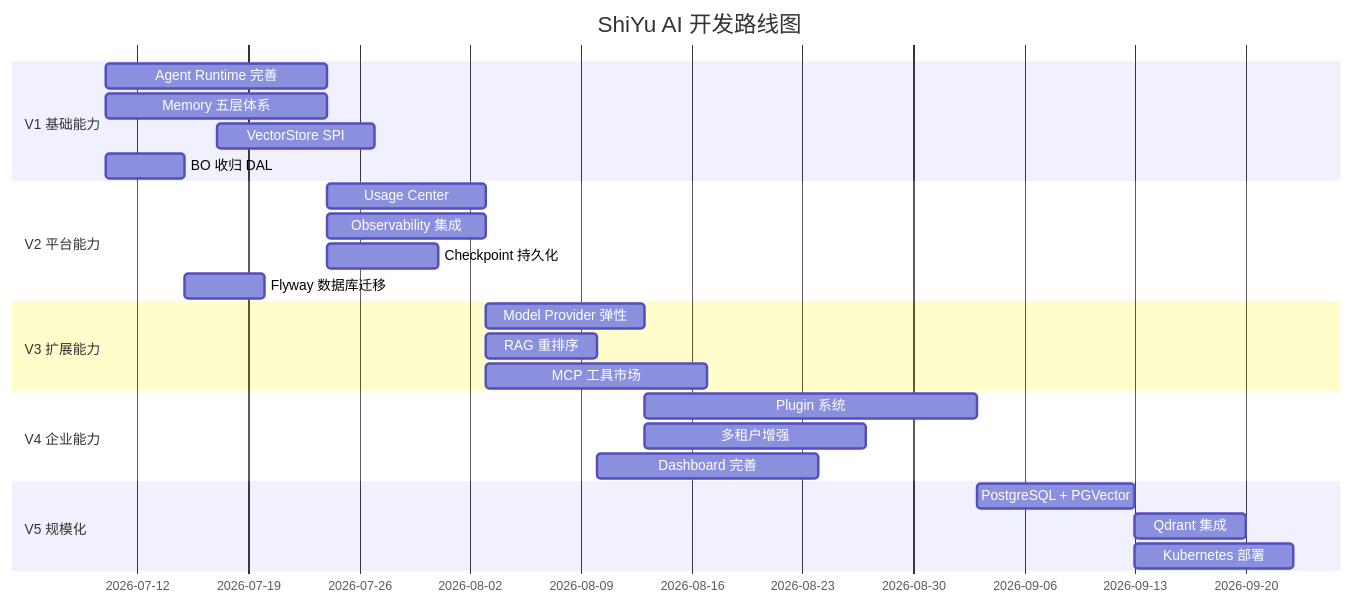
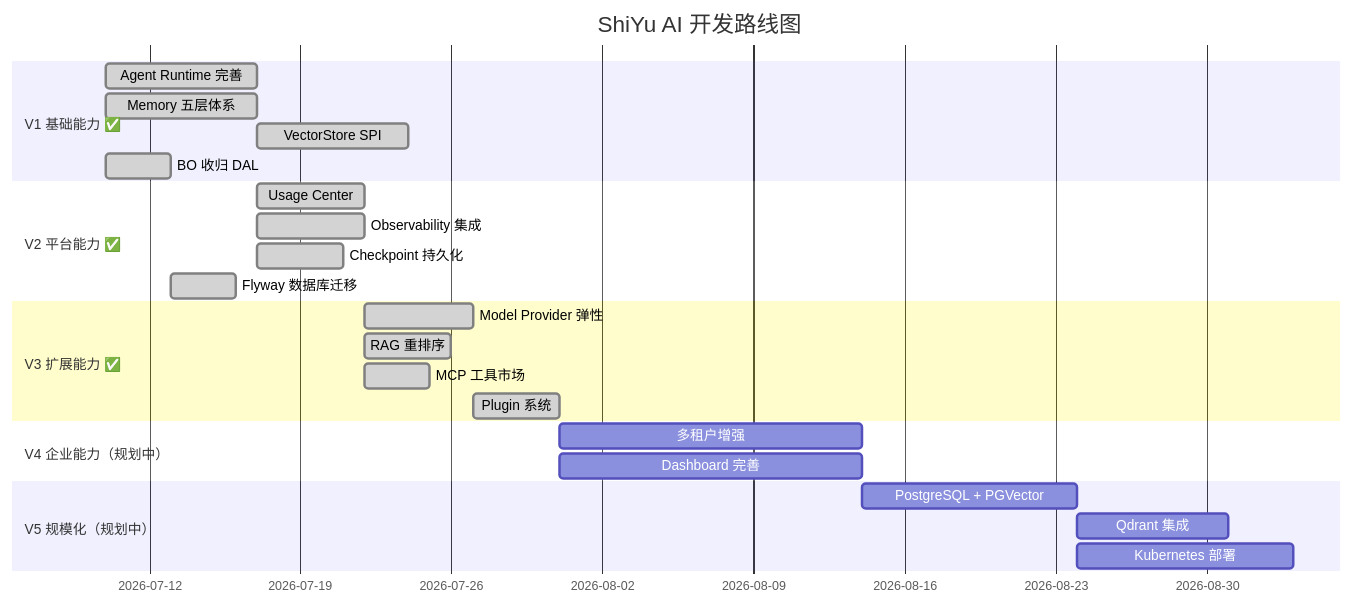
Before and after one commit to ShiRuYu/shiyu-ai: diagram 24 of 25 in docs/architecture/shiyu-ai-architecture-design.md, drawn with Mermaid. The commit also changed other lines of this file and 545 other files, not shown here.

````diff
--- a/docs/architecture/shiyu-ai-architecture-design.md
+++ b/docs/architecture/shiyu-ai-architecture-design.md
@@ -5137,32 +5148,32 @@
 ```mermaid
 gantt
     title ShiYu AI 开发路线图
     dateFormat  YYYY-MM-DD
     
-    section V1 基础能力
-    Agent Runtime 完善          :v1a, 2026-07-10, 14d
-    Memory 五层体系              :v1b, 2026-07-10, 14d
-    VectorStore SPI              :v1c, 2026-07-17, 10d
-    BO 收归 DAL                  :v1d, 2026-07-10, 5d
+    section V1 基础能力 ✅
+    Agent Runtime 完善          :done, v1a, 2026-07-10, 7d
+    Memory 五层体系              :done, v1b, 2026-07-10, 7d
+    VectorStore SPI              :done, v1c, 2026-07-17, 7d
+    BO 收归 DAL                  :done, v1d, 2026-07-10, 3d
     
-    section V2 平台能力
-    Usage Center                 :v2a, after v1a, 10d
-    Observability 集成           :v2b, after v1a, 10d
-    Checkpoint 持久化            :v2c, after v1a, 7d
-    Flyway 数据库迁移            :v2d, after v1d, 5d
+    section V2 平台能力 ✅
+    Usage Center                 :done, v2a, after v1a, 5d
+    Observability 集成           :done, v2b, after v1a, 5d
+    Checkpoint 持久化            :done, v2c, after v1a, 4d
+    Flyway 数据库迁移            :done, v2d, after v1d, 3d
     
-    section V3 扩展能力
-    Model Provider 弹性          :v3a, after v2a, 10d
-    RAG 重排序                   :v3b, after v2a, 7d
-    MCP 工具市场                 :v3c, after v2b, 14d
+    section V3 扩展能力 ✅
+    Model Provider 弹性          :done, v3a, after v2a, 5d
+    RAG 重排序                   :done, v3b, after v2a, 4d
+    MCP 工具市场                 :done, v3c, after v2b, 3d
+    Plugin 系统                  :done, v3d, after v3a, 4d
     
-    section V4 企业能力
-    Plugin 系统                  :v4a, after v3a, 21d
-    多租户增强                   :v4b, after v3a, 14d
-    Dashboard 完善               :v4c, after v3b, 14d
+    section V4 企业能力（规划中）
+    多租户增强                   :v4a, after v3d, 14d
+    Dashboard 完善               :v4b, after v3d, 14d
     
-    section V5 规模化
+    section V5 规模化（规划中）
     PostgreSQL + PGVector        :v5a, after v4a, 10d
     Qdrant 集成                  :v5b, after v5a, 7d
     Kubernetes 部署              :v5c, after v5a, 10d
 ```
````
